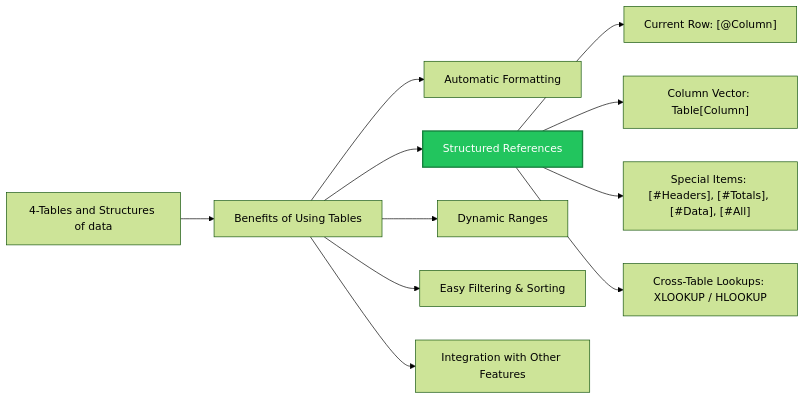
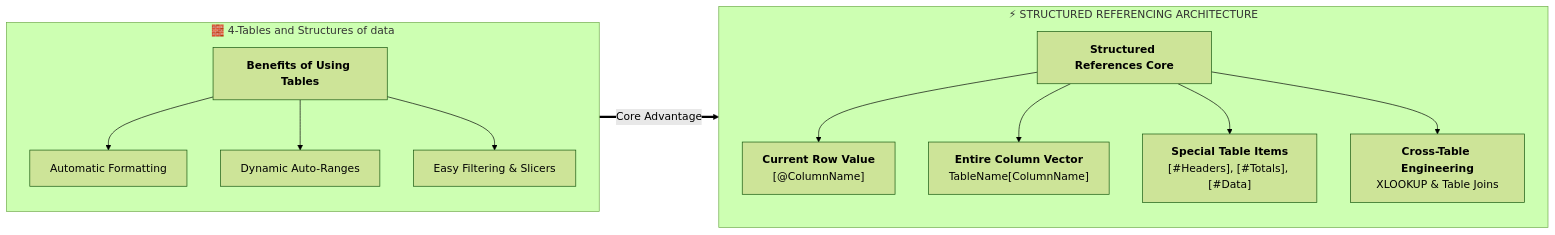
One commit to Sohila-Khaled-Abbas/COURSE-EXCEL-ZERO-TO-HERO changed the diagram in 02_Notes/04_Tables/02_Structured_References.md. Above: the diagram before and after it, drawn with Mermaid (forest theme). The commit also changed 8 other files, not shown here.

````diff
--- a/02_Notes/04_Tables/02_Structured_References.md
+++ b/02_Notes/04_Tables/02_Structured_References.md
@@ -39,16 +39,23 @@
 ```mermaid
-graph LR
-    Root[4-Tables and Structures of data] --> Benefits[Benefits of Using Tables]
-    Benefits --> AF[Automatic Formatting]
-    Benefits --> SR[Structured References]
-    Benefits --> DR[Dynamic Ranges]
-    Benefits --> FS[Easy Filtering & Sorting]
-    Benefits --> INT[Integration with Other Features]
-    
-    SR --> AtSign["Current Row: [@Column]"]
-    SR --> ColRef["Column Vector: Table[Column]"]
-    SR --> Modifiers["Special Items: [#Headers], [#Totals], [#Data], [#All]"]
-    SR --> CrossTab["Cross-Table Lookups: XLOOKUP / HLOOKUP"]
-    
-    style SR fill:#22c55e,stroke:#15803d,stroke-width:2px,color:#fff
+flowchart LR
+    subgraph Root ["🧱 4-Tables and Structures of data"]
+        direction TB
+        B["<b>Benefits of Using Tables</b>"]
+        AF["Automatic Formatting"]
+        DR["Dynamic Auto-Ranges"]
+        FS["Easy Filtering & Slicers"]
+        B --> AF & DR & FS
+    end
+
+    subgraph SR_Family ["⚡ STRUCTURED REFERENCING ARCHITECTURE"]
+        direction TB
+        SR["<b>Structured References Core</b>"]
+        AtSign["<b>Current Row Value</b><br/>[@ColumnName]"]
+        ColRef["<b>Entire Column Vector</b><br/>TableName[ColumnName]"]
+        Modifiers["<b>Special Table Items</b><br/>[#Headers], [#Totals], [#Data]"]
+        CrossTab["<b>Cross-Table Engineering</b><br/>XLOOKUP & Table Joins"]
+        SR --> AtSign & ColRef & Modifiers & CrossTab
+    end
+
+    Root ==>|Core Advantage| SR_Family
 ```
````
